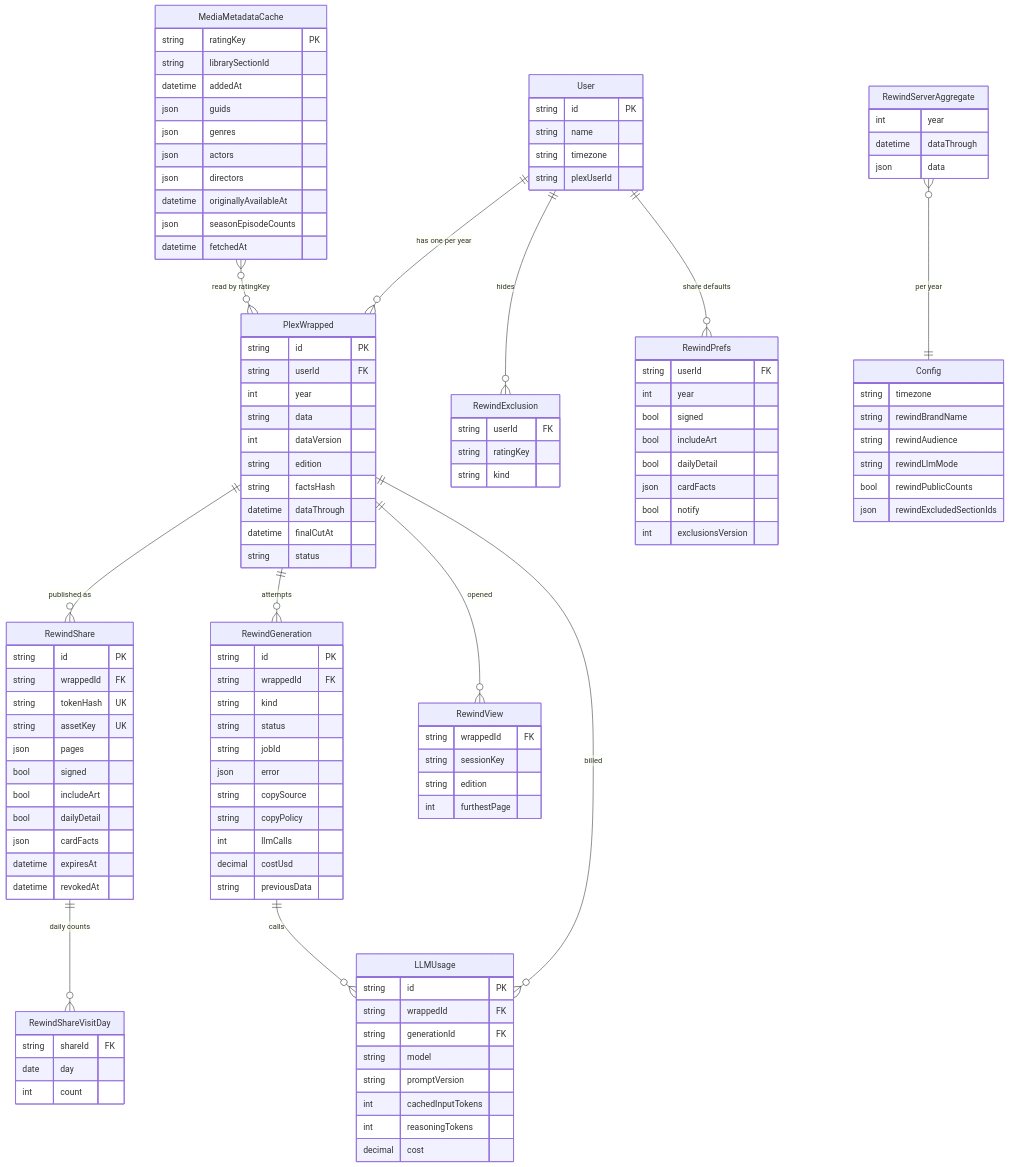
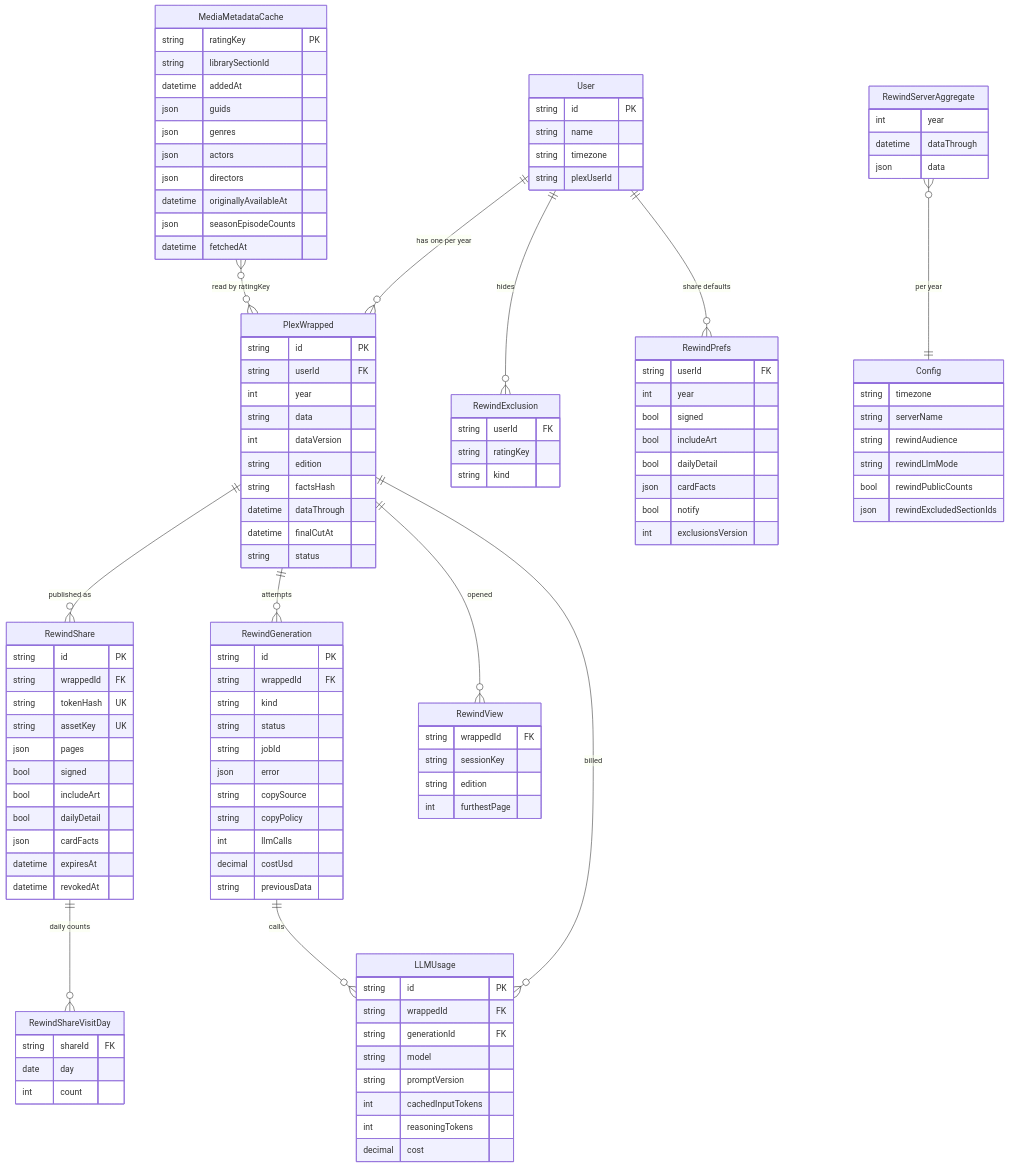
The second of 4 diagrams in .agents/planning/2026-10-17-app-audit-and-rewind-2026/design/rewind-2026-design.md (mchestr/plex-manager), drawn with Mermaid before and after one commit. The commit also changed other lines of this file and 1 other file, not shown here.

```diff
--- a/.agents/planning/2026-10-17-app-audit-and-rewind-2026/design/rewind-2026-design.md
+++ b/.agents/planning/2026-10-17-app-audit-and-rewind-2026/design/rewind-2026-design.md
@@ -1713,7 +1721,7 @@
   }
   Config {
     string timezone
-    string rewindBrandName
+    string serverName
     string rewindAudience
     string rewindLlmMode
     bool rewindPublicCounts
```
